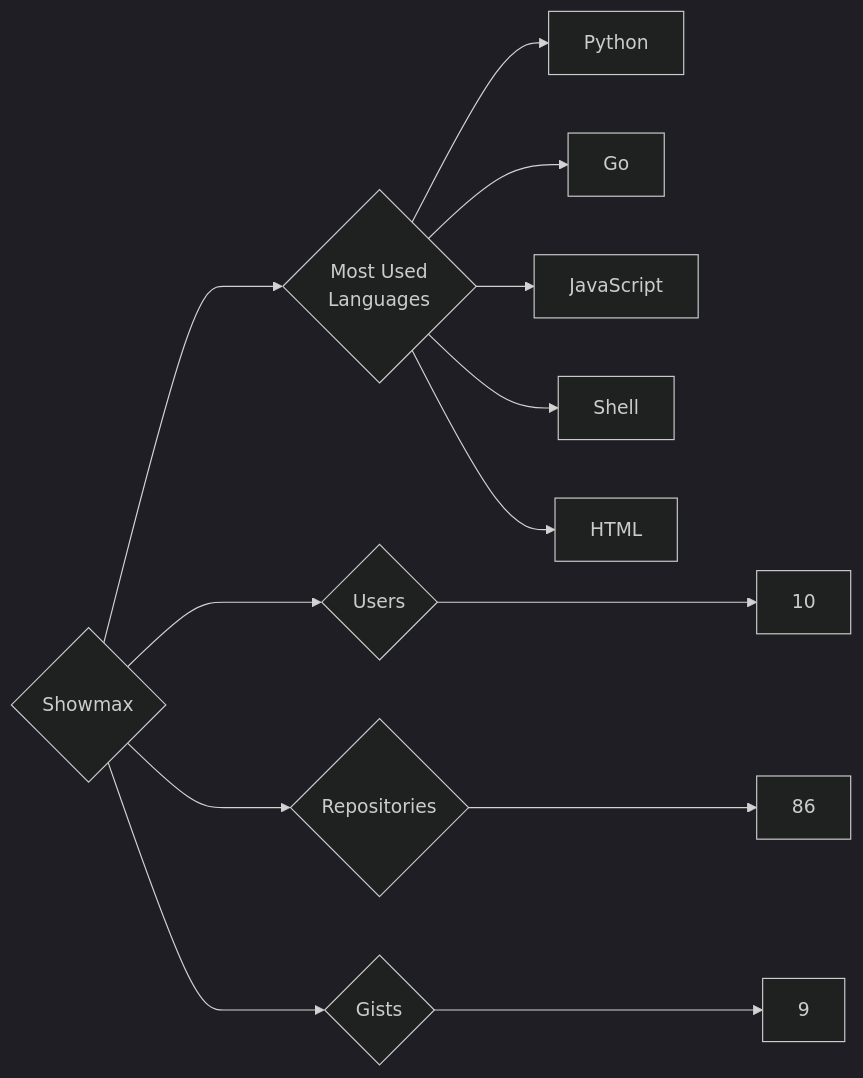
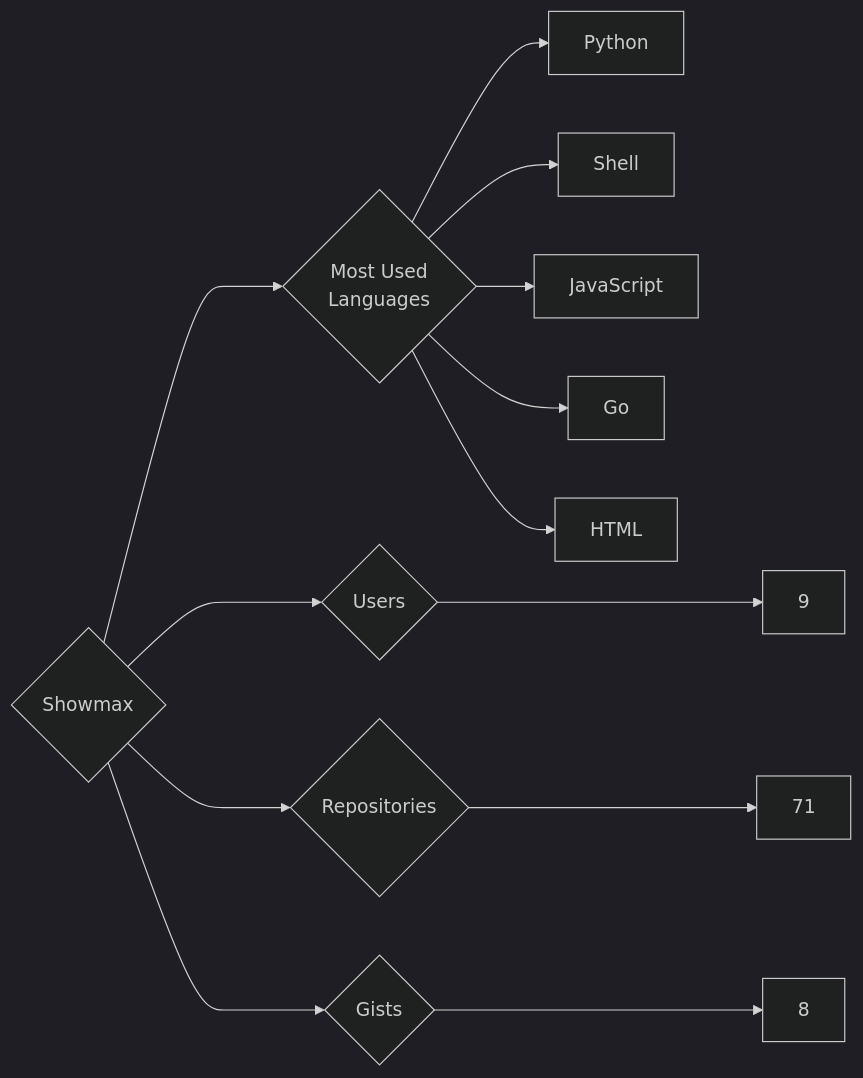
One commit to trickest/insiders changed the diagram in targets/Showmax/README.md. Above: the diagram before and after it, drawn with Mermaid (dark theme). The commit also changed 973 other files, not shown here.

````diff
--- a/targets/Showmax/README.md
+++ b/targets/Showmax/README.md
@@ -3,13 +3,13 @@
 ```mermaid
 graph LR
 COMPANY_NAME{Showmax}
-COMPANY_NAME ---> U{Users} ---> UN[10]
-COMPANY_NAME ---> R{Repositories} ---> RN[86]
-COMPANY_NAME ---> G{Gists} ---> GN[9]
+COMPANY_NAME ---> U{Users} ---> UN[9]
+COMPANY_NAME ---> R{Repositories} ---> RN[71]
+COMPANY_NAME ---> G{Gists} ---> GN[8]
 COMPANY_NAME ---> ML{Most Used<br>Languages}
 ML --> Python[Python]
+ML --> Shell[Shell]
+ML --> JavaScript[JavaScript]
 ML --> Go[Go]
-ML --> JavaScript[JavaScript]
-ML --> Shell[Shell]
 ML --> HTML[HTML]
 ```
````
